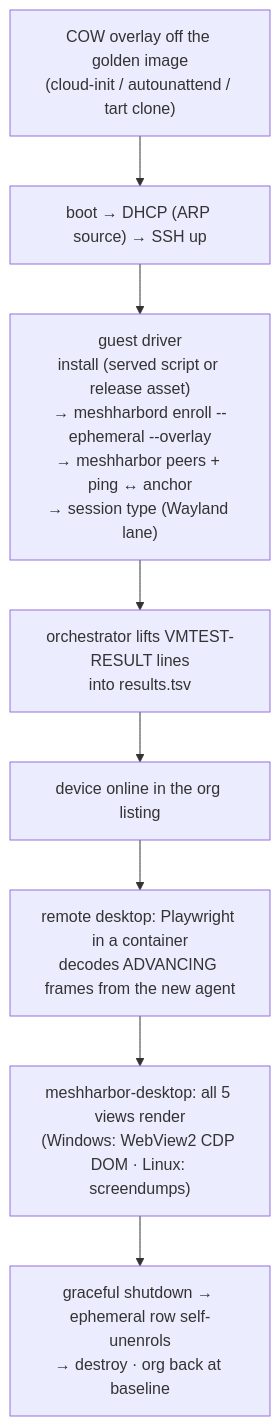
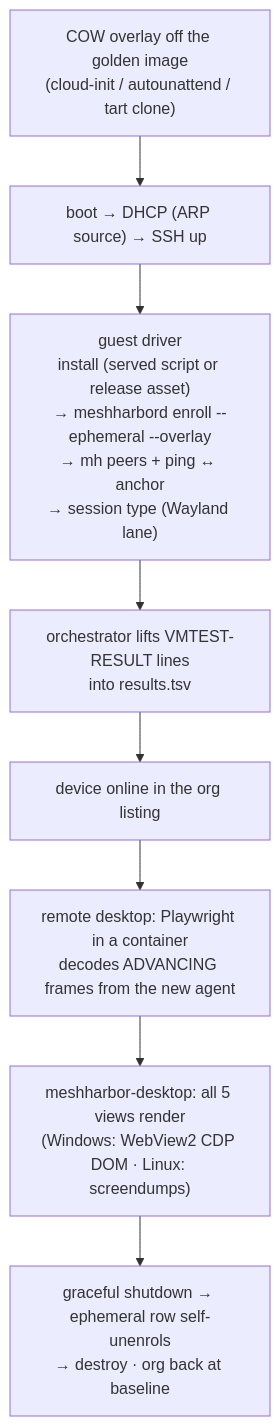
The first of 3 diagrams in docs/vmtest.md (jk-zhang-meta/MeshHarbor), drawn with Mermaid before and after one commit. The commit also changed other lines of this file and 323 other files, not shown here.

````diff
--- a/docs/vmtest.md
+++ b/docs/vmtest.md
@@ -24,10 +24,10 @@
 ```mermaid
 flowchart TB
     G["COW overlay off the golden image<br/>(cloud-init / autounattend / tart clone)"] --> B["boot → DHCP (ARP source) → SSH up"]
-    B --> D["guest driver<br/>install (served script or release asset)<br/>→ meshharbord enroll --ephemeral --overlay<br/>→ meshharbor peers + ping ↔ anchor<br/>→ session type (Wayland lane)"]
+    B --> D["guest driver<br/>install (served script or release asset)<br/>→ meshharbord enroll --ephemeral --overlay<br/>→ mh peers + ping ↔ anchor<br/>→ session type (Wayland lane)"]
     D --> L["orchestrator lifts VMTEST-RESULT lines<br/>into results.tsv"]
     L --> O["device online in the org listing"]
     O --> RD["remote desktop: Playwright in a container<br/>decodes ADVANCING frames from the new agent"]
     RD --> DK["meshharbor-desktop: all 5 views render<br/>(Windows: WebView2 CDP DOM · Linux: screendumps)"]
     DK --> T["graceful shutdown → ephemeral row self-unenrols<br/>→ destroy · org back at baseline"]
 ```
````
